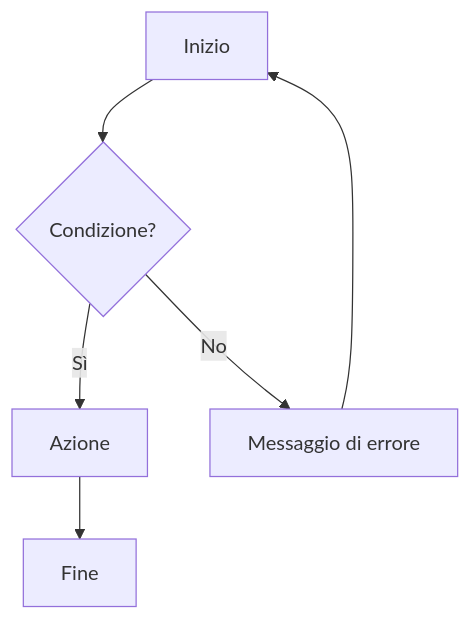
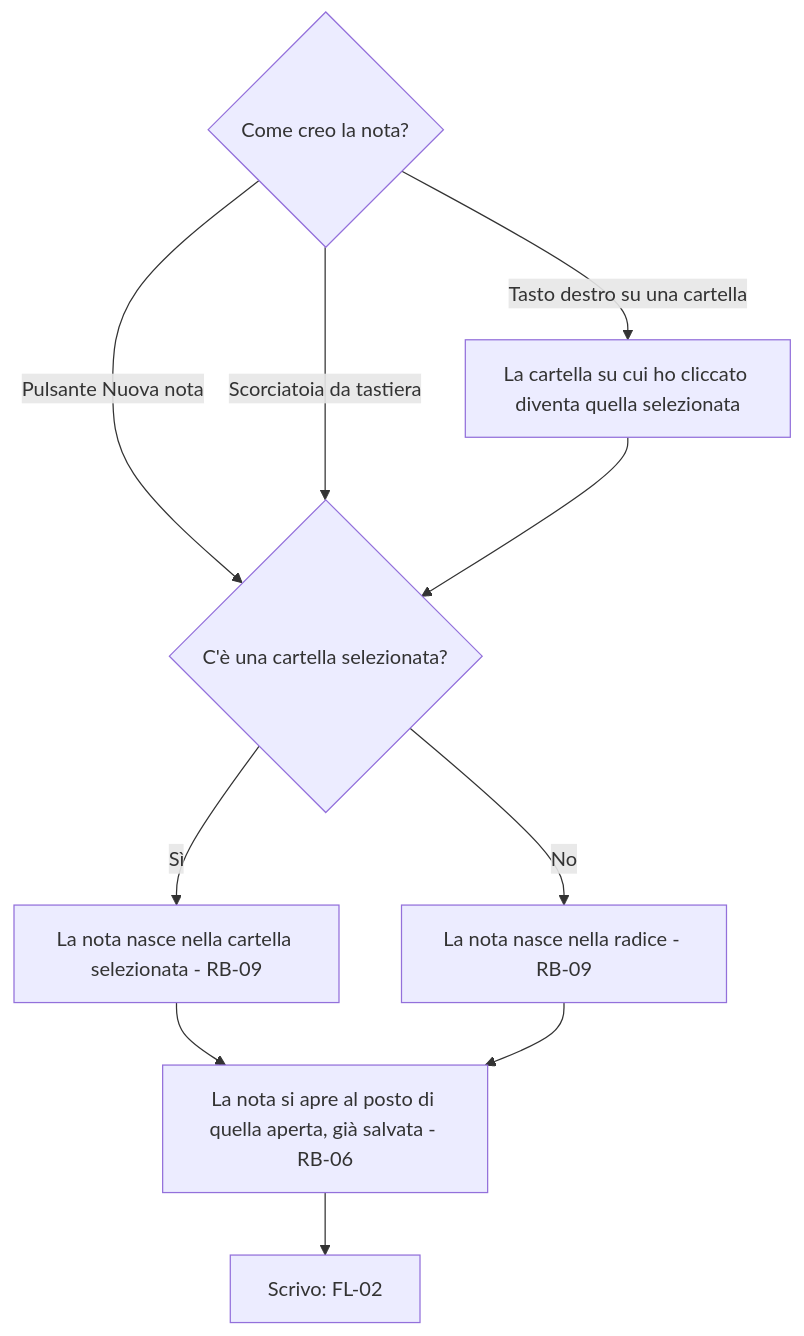
Before and after one commit to Helmutsti/MemoDu: the second of 5 diagrams in docs/moduli/note/2-flussi.md, drawn with Mermaid. The commit also changed other lines of this file and 14 other files, not shown here.

````diff
--- a/docs/moduli/note/2-flussi.md
+++ b/docs/moduli/note/2-flussi.md
@@ -8,8 +55,12 @@
 ```mermaid
 flowchart TD
-    A[Inizio] --> B{Condizione?}
-    B -- Sì --> C[Azione]
-    B -- No --> D[Messaggio di errore]
-    C --> E[Fine]
-    D --> A
+    A{Come creo la nota?} -- Pulsante Nuova nota --> B
+    A -- Scorciatoia da tastiera --> B
+    A -- Tasto destro su una cartella --> C[La cartella su cui ho cliccato diventa quella selezionata]
+    C --> B{C'è una cartella selezionata?}
+    B -- Sì --> D[La nota nasce nella cartella selezionata - RB-09]
+    B -- No --> E[La nota nasce nella radice - RB-09]
+    D --> F[La nota si apre al posto di quella aperta, già salvata - RB-06]
+    E --> F
+    F --> G[Scrivo: FL-02]
 ```
````
